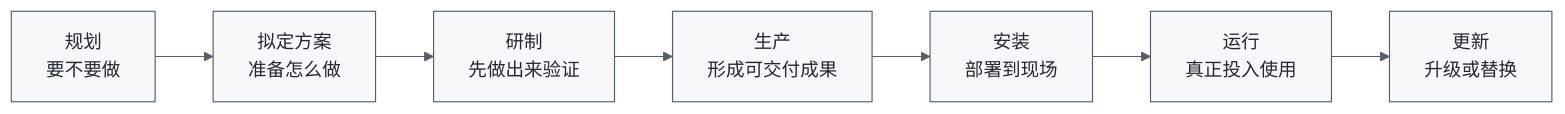
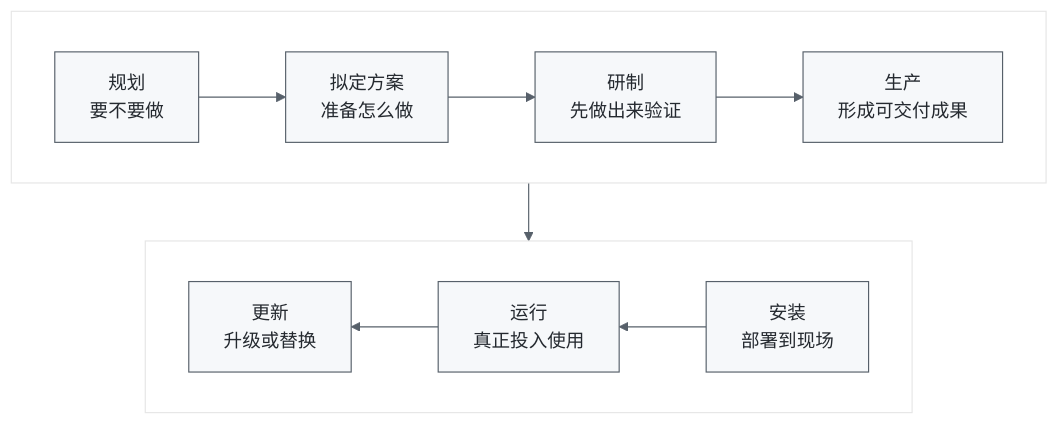
One commit to 74262195/system-architect-notes changed the third of 7 diagrams in 01_综合知识/02_系统工程与信息系统基础/02_系统工程方法/霍尔三维结构.md. Above: the diagram before and after it, drawn with Mermaid. The commit also changed other lines of this file and 1 other file, not shown here.

Commit message:
docs: 采用两行折返流程图规则

````diff
--- a/01_综合知识/02_系统工程与信息系统基础/02_系统工程方法/霍尔三维结构.md
+++ b/01_综合知识/02_系统工程与信息系统基础/02_系统工程方法/霍尔三维结构.md
@@ -138,10 +138,16 @@
 ```mermaid
 %%{init: {"theme":"base","themeVariables":{"fontSize":"16px","primaryColor":"#f6f8fa","primaryTextColor":"#24292f","primaryBorderColor":"#57606a","lineColor":"#57606a","secondaryColor":"#ffffff","tertiaryColor":"#ffffff","edgeLabelBackground":"#ffffff"}}}%%
-flowchart LR
-    A["规划<br/>要不要做"] --> B["拟定方案<br/>准备怎么做"]
-    B --> C["研制<br/>先做出来验证"]
-    C --> D["生产<br/>形成可交付成果"]
+flowchart TB
+    subgraph top[" "]
+        direction LR
+        A["规划<br/>要不要做"] --> B["拟定方案<br/>准备怎么做"]
+        B --> C["研制<br/>先做出来验证"]
+        C --> D["生产<br/>形成可交付成果"]
+    end
     D --> E["安装<br/>部署到现场"]
-    E --> F["运行<br/>真正投入使用"]
-    F --> G["更新<br/>升级或替换"]
+    subgraph bottom[" "]
+        direction RL
+        E --> F["运行<br/>真正投入使用"]
+        F --> G["更新<br/>升级或替换"]
+    end
 ```
````
